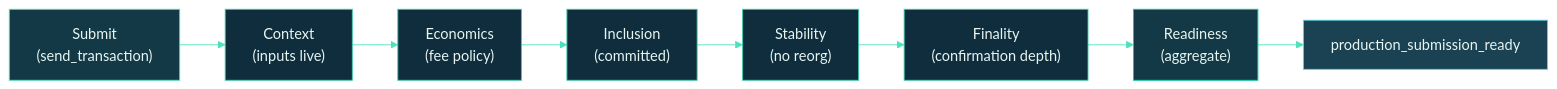
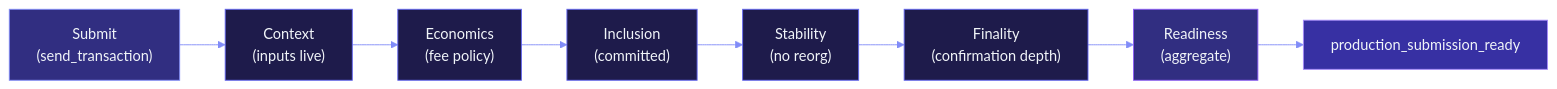
One commit to Myelin-Labs/Myelin changed the first of 2 diagrams in docs/interactions/submission-flow.md. Above: the diagram before and after it, drawn with Mermaid. The commit also changed other lines of this file and 31 other files, not shown here.

````diff
--- a/docs/interactions/submission-flow.md
+++ b/docs/interactions/submission-flow.md
@@ -24,29 +24,29 @@
 ```mermaid
 %%{init: {
   "theme": "base",
   "themeVariables": {
-    "primaryColor": "#0F2D3D",
-    "primaryTextColor": "#E8F5F1",
-    "primaryBorderColor": "#3CCBAA",
-    "lineColor": "#4EE0BC",
-    "secondaryColor": "#143946",
-    "tertiaryColor": "#1A4253"
+    "primaryColor": "#1E1B4B",
+    "primaryTextColor": "#F1F5F9",
+    "primaryBorderColor": "#6366F1",
+    "lineColor": "#818CF8",
+    "secondaryColor": "#312E81",
+    "tertiaryColor": "#3730A3"
   }
 }}%%
 flowchart LR
     A["Submit<br/>(send_transaction)"]:::in
     B["Context<br/>(inputs live)"]:::step
     C["Economics<br/>(fee policy)"]:::step
     D["Inclusion<br/>(committed)"]:::step
     E["Stability<br/>(no reorg)"]:::step
     F["Finality<br/>(confirmation depth)"]:::step
     G["Readiness<br/>(aggregate)"]:::out
 
     A --> B --> C --> D --> E --> F --> G
     G --> H["production_submission_ready"]:::verdict
 
-    classDef in      fill:#143946,stroke:#4EE0BC,color:#E8F5F1;
-    classDef step    fill:#0F2D3D,stroke:#3CCBAA,color:#E8F5F1;
-    classDef out     fill:#143946,stroke:#00CC9F,color:#E8F5F1;
-    classDef verdict fill:#1A4253,stroke:#5DD4E5,color:#E8F5F1;
+    classDef in      fill:#312E81,stroke:#818CF8,color:#F1F5F9;
+    classDef step    fill:#1E1B4B,stroke:#6366F1,color:#F1F5F9;
+    classDef out     fill:#312E81,stroke:#8B5CF6,color:#F1F5F9;
+    classDef verdict fill:#3730A3,stroke:#A78BFA,color:#F1F5F9;
 ```
````
